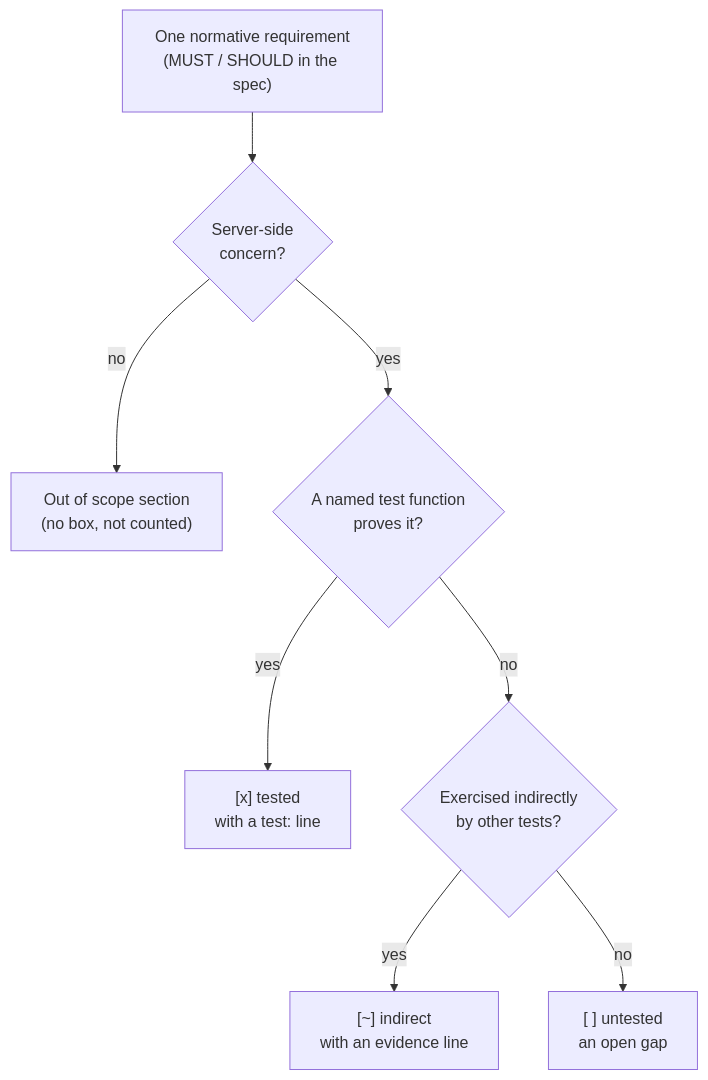
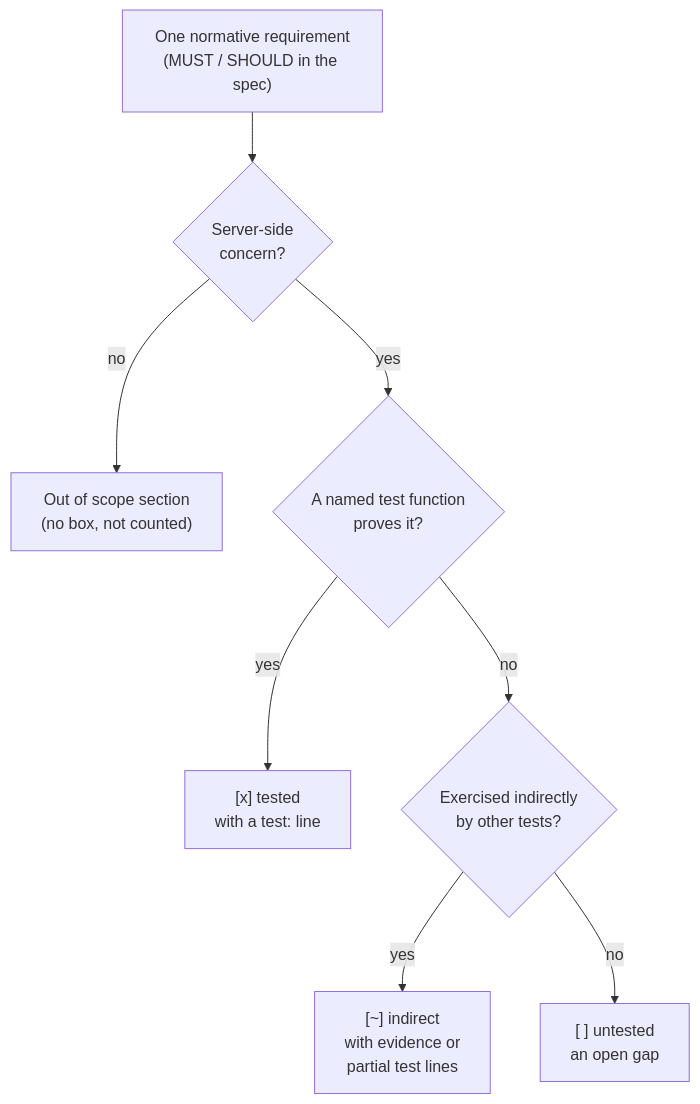
One commit to Hakkadaikon/wired changed the diagram in docs/features/README.md. Above: the diagram before and after it, drawn with Mermaid. The commit also changed other lines of this file, not shown here.

````diff
--- a/docs/features/README.md
+++ b/docs/features/README.md
@@ -36,10 +39,10 @@
 ```mermaid
 flowchart TD
     R["One normative requirement<br/>(MUST / SHOULD in the spec)"] --> S{"Server-side<br/>concern?"}
     S -- no --> O["Out of scope section<br/>(no box, not counted)"]
     S -- yes --> T{"A named test function<br/>proves it?"}
     T -- yes --> X["[x] tested<br/>with a test: line"]
     T -- no --> I{"Exercised indirectly<br/>by other tests?"}
-    I -- yes --> W["[~] indirect<br/>with an evidence line"]
+    I -- yes --> W["[~] indirect<br/>with evidence or<br/>partial test lines"]
     I -- no --> U["[ ] untested<br/>an open gap"]
 ```
````
